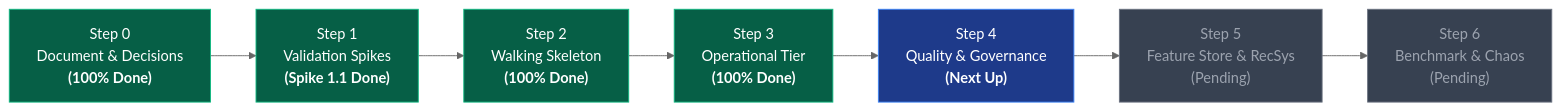
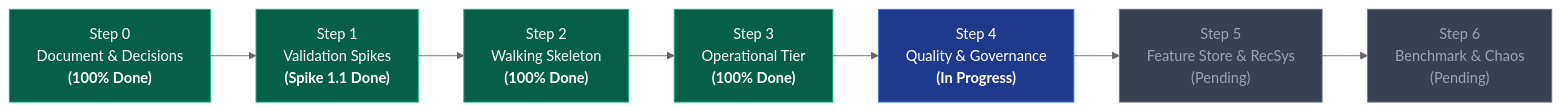
The first of 4 diagrams in project_step.md (Haidendoo/ValoStream), drawn with Mermaid (neutral theme) before and after one commit. The commit also changed other lines of this file and 52 other files, not shown here.

````diff
--- a/project_step.md
+++ b/project_step.md
@@ -37,16 +37,16 @@
 ```mermaid
 flowchart LR
     S0["Step 0\nDocument & Decisions\n<b>(100% Done)</b>"]:::done
     S1["Step 1\nValidation Spikes\n<b>(Spike 1.1 Done)</b>"]:::done
     S2["Step 2\nWalking Skeleton\n<b>(100% Done)</b>"]:::done
     S3["Step 3\nOperational Tier\n<b>(100% Done)</b>"]:::done
-    S4["Step 4\nQuality & Governance\n<b>(Next Up)</b>"]:::current
+    S4["Step 4\nQuality & Governance\n<b>(In Progress)</b>"]:::current
     S5["Step 5\nFeature Store & RecSys\n(Pending)"]:::pending
     S6["Step 6\nBenchmark & Chaos\n(Pending)"]:::pending
 
     S0 --> S1 --> S2 --> S3 --> S4 --> S5 --> S6
 
     classDef done fill:#065f46,stroke:#10b981,color:#fff;
     classDef current fill:#1e3a8a,stroke:#3b82f6,color:#fff;
     classDef pending fill:#374151,stroke:#6b7280,color:#9ca3af;
 ```
````
